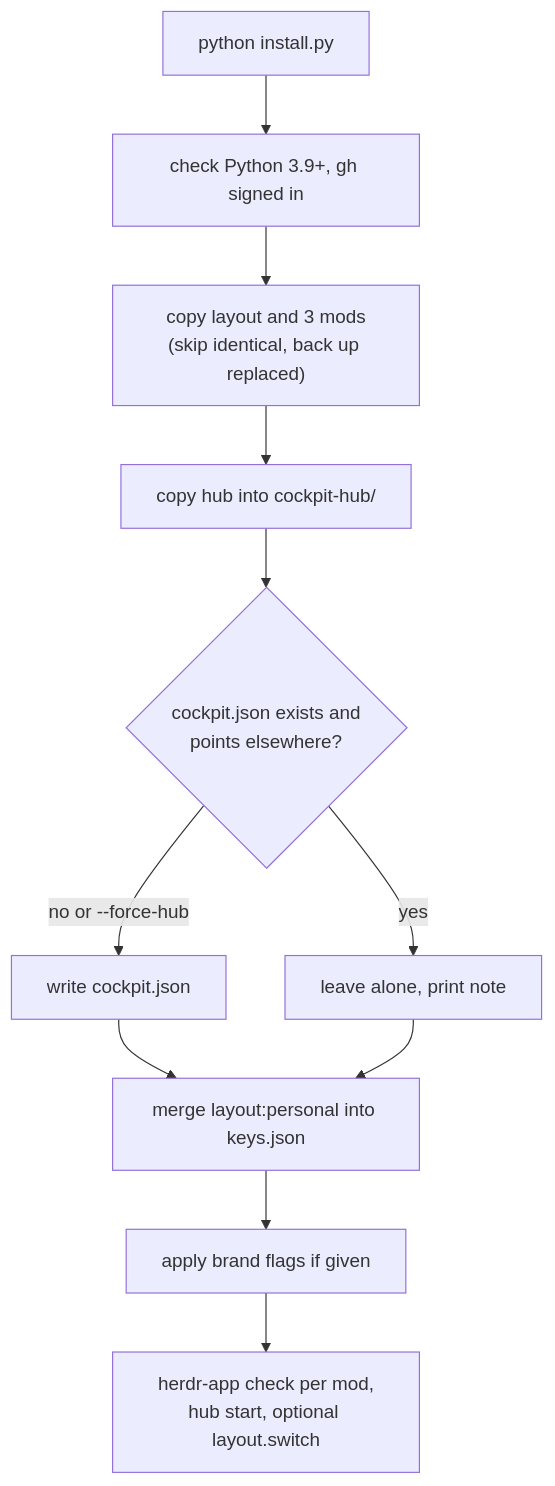
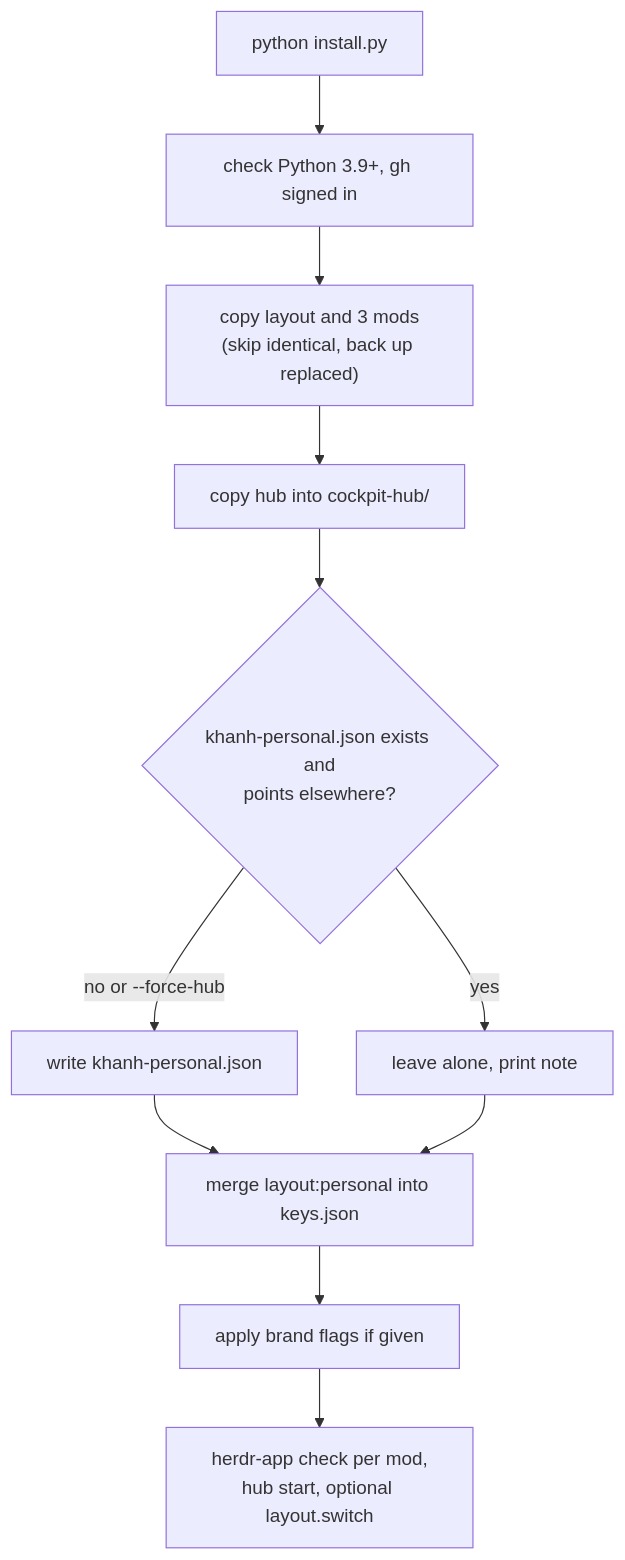
Diagram 11 of 12 in herdr-layouts/khanh-personal/ARCHITECTURE.md (TQKNG/khanh-agent-workspace), drawn with Mermaid before and after one commit. The commit also changed other lines of this file and 367 other files, not shown here.

````diff
--- a/herdr-layouts/khanh-personal/ARCHITECTURE.md
+++ b/herdr-layouts/khanh-personal/ARCHITECTURE.md
@@ -215,13 +215,13 @@
 ```mermaid
 flowchart TD
     S["python install.py"] --> P["check Python 3.9+, gh signed in"]
     P --> LM["copy layout and 3 mods<br/>(skip identical, back up replaced)"]
     LM --> HUBI["copy hub into cockpit-hub/"]
-    HUBI --> CJ{"cockpit.json exists and<br/>points elsewhere?"}
-    CJ -->|"no or --force-hub"| W["write cockpit.json"]
+    HUBI --> CJ{"khanh-personal.json exists and<br/>points elsewhere?"}
+    CJ -->|"no or --force-hub"| W["write khanh-personal.json"]
     CJ -->|yes| K1["leave alone, print note"]
     W --> K["merge layout:personal into keys.json"]
     K1 --> K
     K --> BR["apply brand flags if given"]
     BR --> V["herdr-app check per mod,<br/>hub start, optional layout.switch"]
 ```
````
